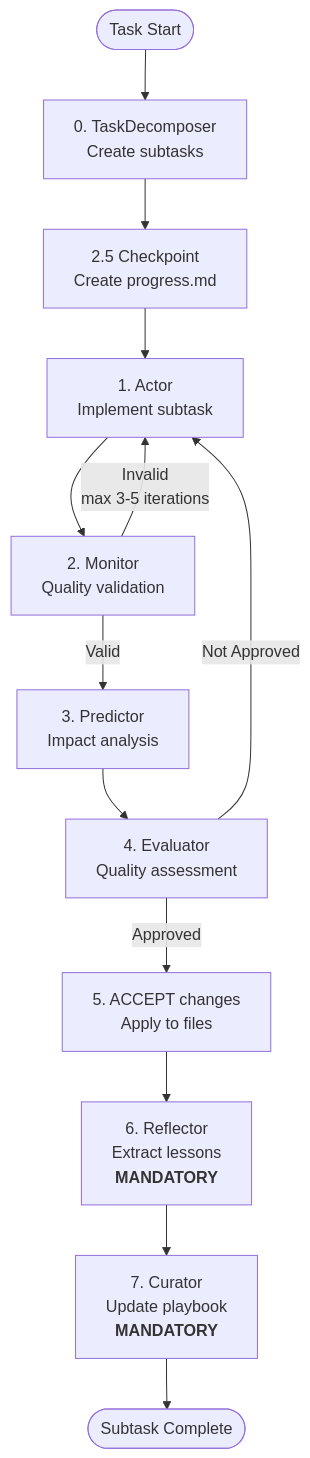
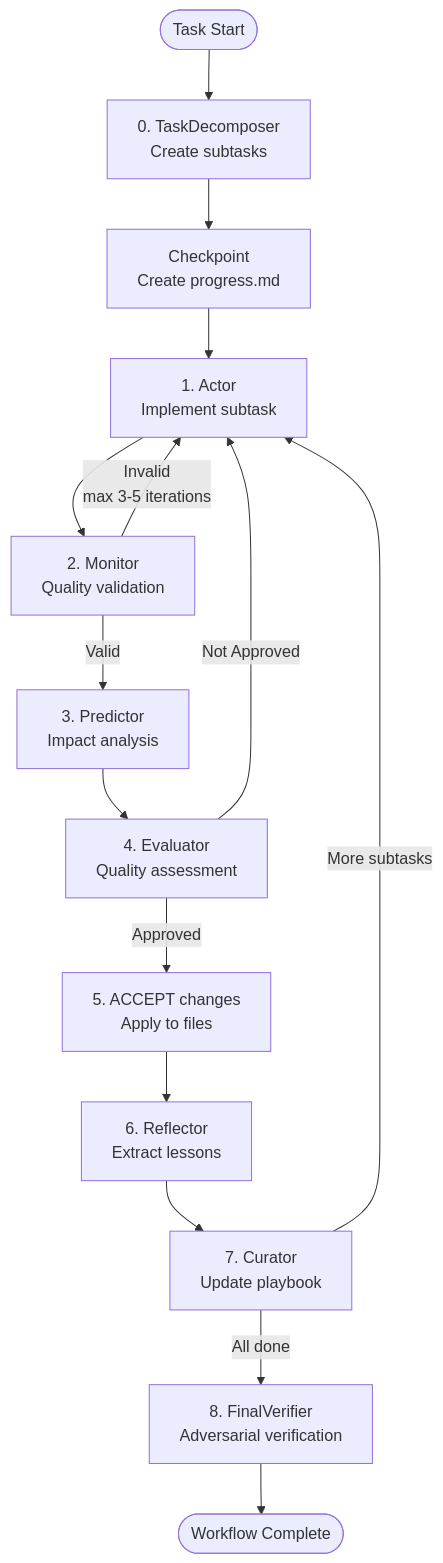
The diagram in presentation/en/03-workflow.md (azalio/map-framework), drawn with Mermaid before and after one commit. The commit also changed 4 other files, not shown here.

First line of the commit message:
fix: update test fixtures to cover all 12 agents/10 commands, add FinalVerifier to diagrams

````diff
--- a/presentation/en/03-workflow.md
+++ b/presentation/en/03-workflow.md
@@ -9,20 +9,22 @@
 ```mermaid
 flowchart TD
     Start([Task Start]) --> Decompose[0. TaskDecomposer<br/>Create subtasks]
-    Decompose --> Plan[2.5 Checkpoint<br/>Create progress.md]
+    Decompose --> Plan[Checkpoint<br/>Create progress.md]
     Plan --> Actor[1. Actor<br/>Implement subtask]
     Actor --> Monitor[2. Monitor<br/>Quality validation]
 
     Monitor -->|Valid| Predictor[3. Predictor<br/>Impact analysis]
     Monitor -->|Invalid<br/>max 3-5 iterations| Actor
 
     Predictor --> Evaluator[4. Evaluator<br/>Quality assessment]
 
     Evaluator -->|Approved| Accept[5. ACCEPT changes<br/>Apply to files]
     Evaluator -->|Not Approved| Actor
 
-    Accept --> Reflector[6. Reflector<br/>Extract lessons<br/><b>MANDATORY</b>]
-    Reflector --> Curator[7. Curator<br/>Update playbook<br/><b>MANDATORY</b>]
+    Accept --> Reflector[6. Reflector<br/>Extract lessons]
+    Reflector --> Curator[7. Curator<br/>Update playbook]
 
-    Curator --> End([Subtask Complete])
+    Curator -->|More subtasks| Actor
+    Curator -->|All done| Verifier[8. FinalVerifier<br/>Adversarial verification]
+    Verifier --> End([Workflow Complete])
 ```
````
